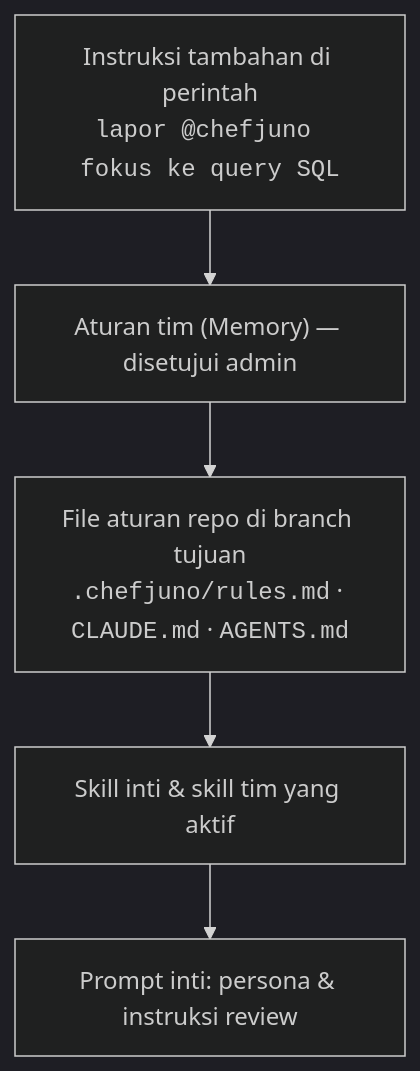
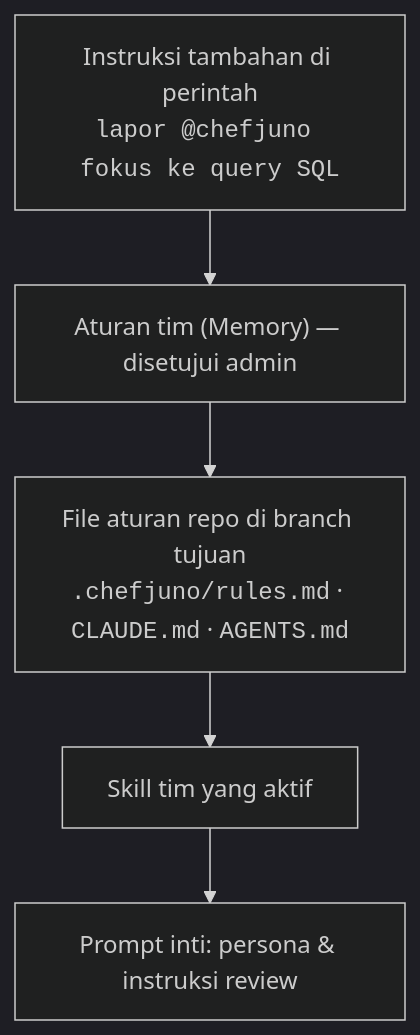
One commit to NurFajarSA/chef-juno changed the first of 2 diagrams in docs/guide/06-kustomisasi.md. Above: the diagram before and after it, drawn with Mermaid (dark theme). The commit also changed other lines of this file and 32 other files, not shown here.

````diff
--- a/docs/guide/06-kustomisasi.md
+++ b/docs/guide/06-kustomisasi.md
@@ -5,8 +5,8 @@
 ```mermaid
 flowchart TB
   A["Instruksi tambahan di perintah<br/><code>lapor @chefjuno fokus ke query SQL</code>"] --> B
   B["Aturan tim (Memory) — disetujui admin"] --> C
   C["File aturan repo di branch tujuan<br/><code>.chefjuno/rules.md</code> · <code>CLAUDE.md</code> · <code>AGENTS.md</code>"] --> D
-  D["Skill inti & skill tim yang aktif"] --> E
+  D["Skill tim yang aktif"] --> E
   E["Prompt inti: persona & instruksi review"]
 ```
````
